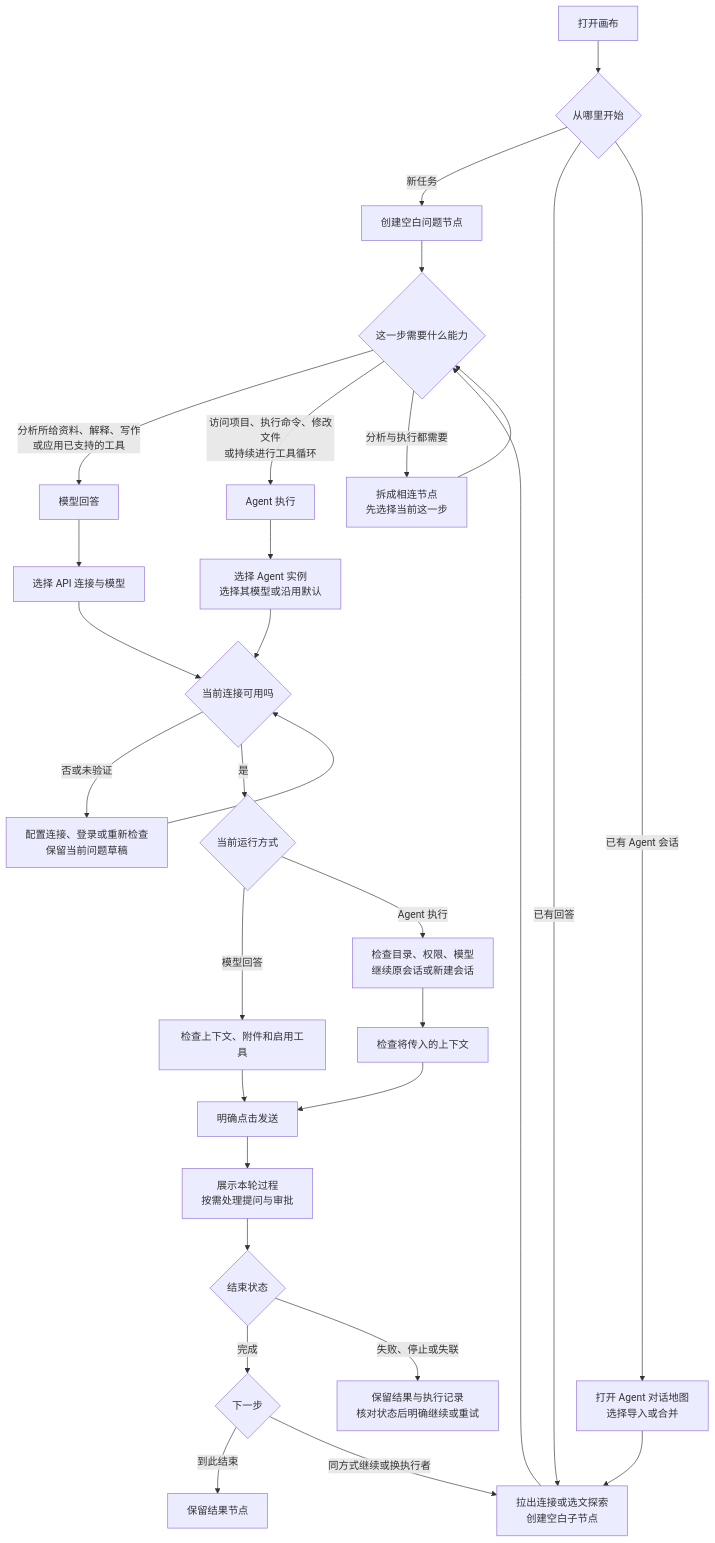
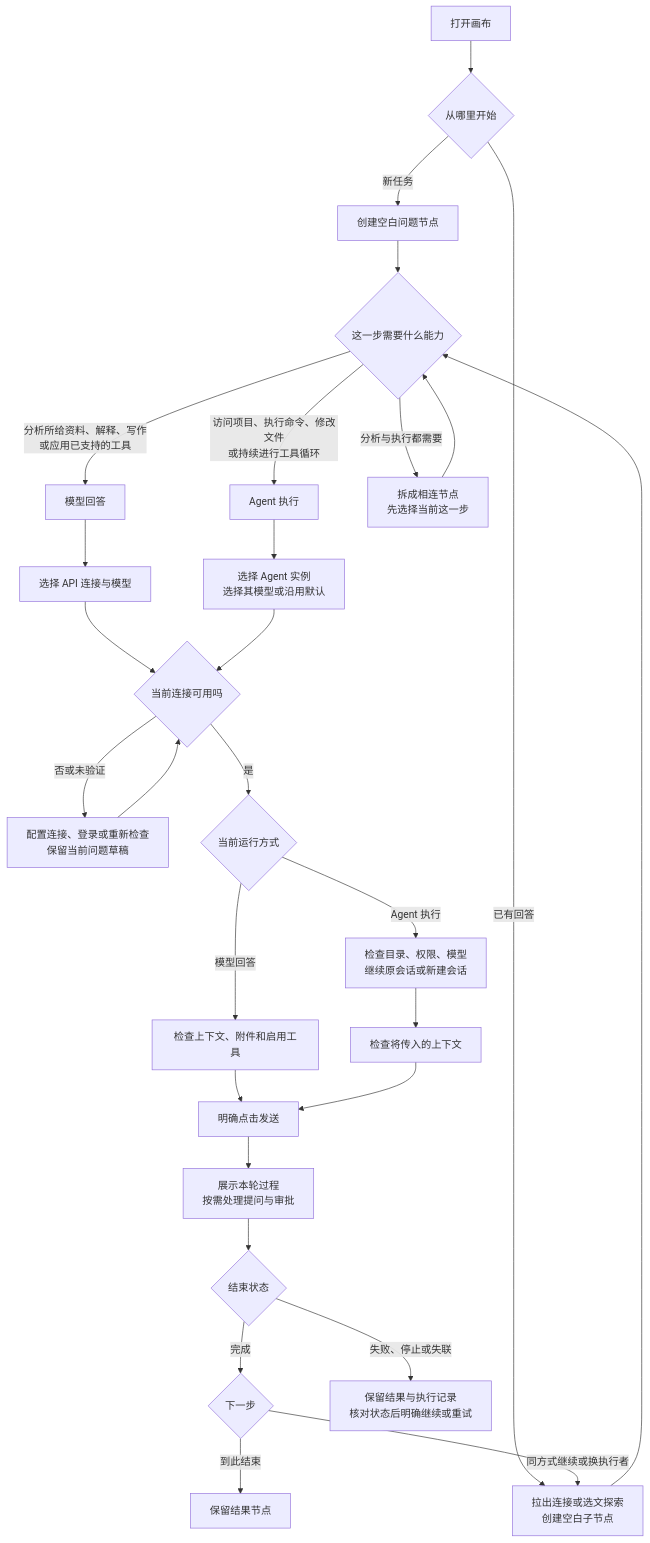
One commit to linerrrrrrr/thoughtdag changed the first of 7 diagrams in docs/reference/model-agent-user-flow-proposal.md. Above: the diagram before and after it, drawn with Mermaid. The commit also changed other lines of this file and 817 other files, not shown here.

````diff
--- a/docs/reference/model-agent-user-flow-proposal.md
+++ b/docs/reference/model-agent-user-flow-proposal.md
@@ -27,32 +27,30 @@
 ```mermaid
 flowchart TD
     E[打开画布] --> ENTRY{从哪里开始}
     ENTRY -->|新任务| N[创建空白问题节点]
     ENTRY -->|已有回答| C[拉出连接或选文探索\n创建空白子节点]
-    ENTRY -->|已有 Agent 会话| AT[打开 Agent 对话地图\n选择导入或合并]
-    AT --> C
     N --> D{这一步需要什么能力}
     C --> D
     D -->|分析所给资料、解释、写作\n或应用已支持的工具| API[模型回答]
     D -->|访问项目、执行命令、修改文件\n或持续进行工具循环| AG[Agent 执行]
     D -->|分析与执行都需要| SPLIT[拆成相连节点\n先选择当前这一步]
     SPLIT --> D
     API --> AC[选择 API 连接与模型]
     AG --> GC[选择 Agent 实例\n选择其模型或沿用默认]
     AC --> READY{当前连接可用吗}
     GC --> READY
     READY -->|否或未验证| FIX[配置连接、登录或重新检查\n保留当前问题草稿]
     FIX --> READY
     READY -->|是| TYPE{当前运行方式}
     TYPE -->|模型回答| AP[检查上下文、附件和启用工具]
     TYPE -->|Agent 执行| GP[检查目录、权限、模型\n继续原会话或新建会话]
     AP --> SEND[明确点击发送]
     GP --> CTX[检查将传入的上下文]
     CTX --> SEND
     SEND --> RUN[展示本轮过程\n按需处理提问与审批]
     RUN --> DONE{结束状态}
     DONE -->|完成| NEXT{下一步}
     DONE -->|失败、停止或失联| REC[保留结果与执行记录\n核对状态后明确继续或重试]
     NEXT -->|到此结束| KEEP[保留结果节点]
     NEXT -->|同方式继续或换执行者| C
 ```
````
